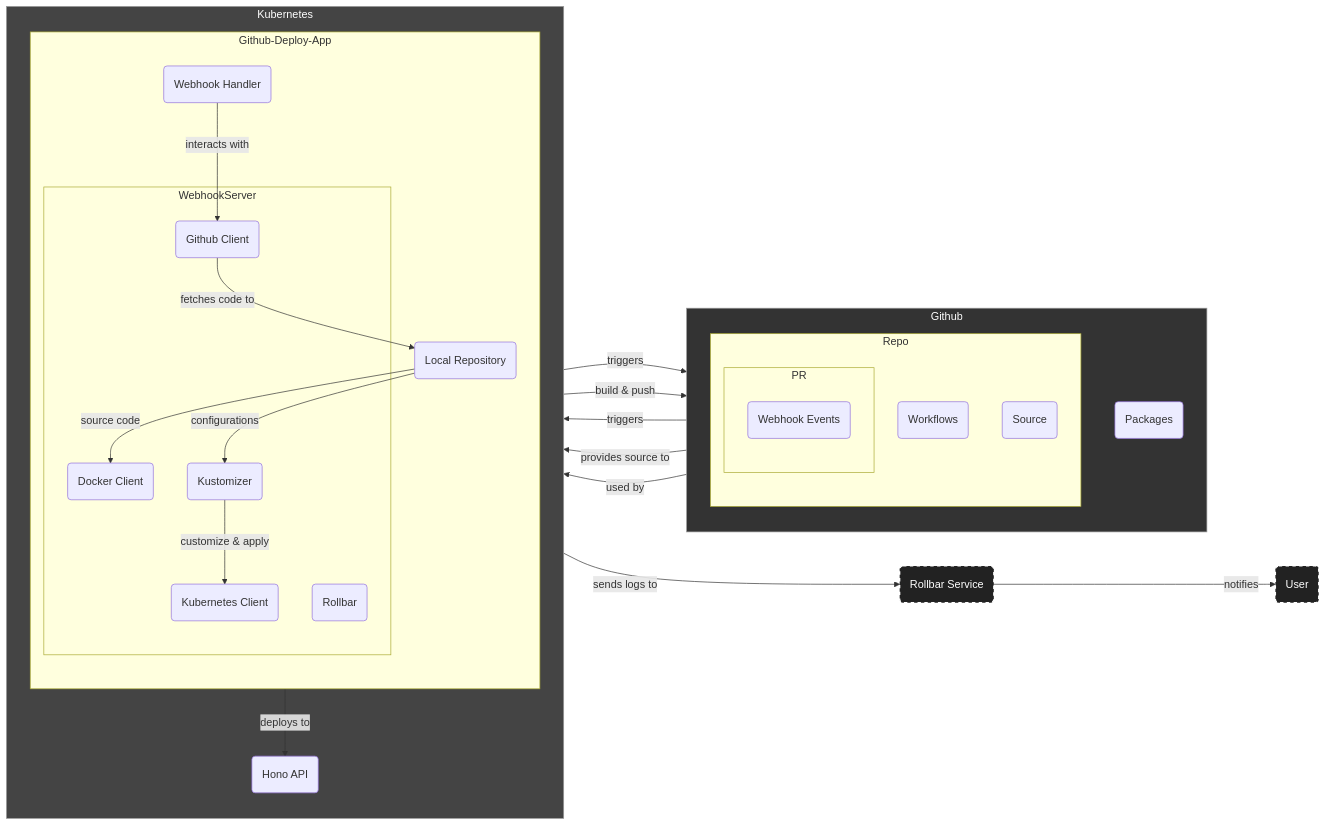
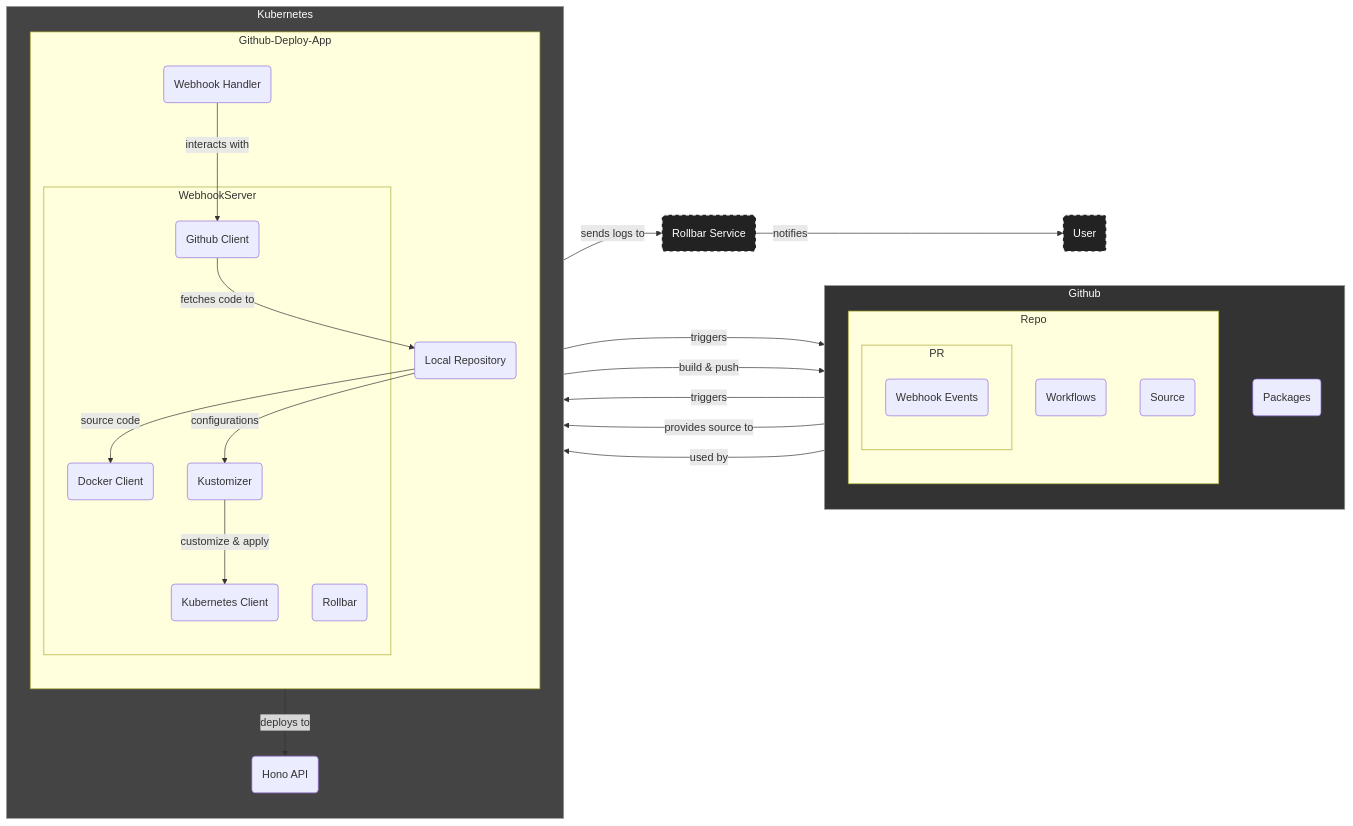
One commit to uib-ub/hono-kube-deploy-automation changed the first of 2 diagrams in README.md. Above: the diagram before and after it, drawn with Mermaid. The commit also changed other lines of this file, not shown here.

````diff
--- a/README.md
+++ b/README.md
@@ -33,68 +33,68 @@
 ```mermaid
 flowchart LR
     User(User)
     WebhookEvents(Webhook Events)
     Packages(Packages)
     Workflows(Workflows)
     Source(Source)
     WebhookHandler(Webhook Handler)
     GithubClient(Github Client)
     DockerClient(Docker Client)
     Kustomizer(Kustomizer)
     KubeClient(Kubernetes Client)
     LocalRepo(Local Repository)
     Rollbar(Rollbar)
     HonoApi(Hono API)
     RollbarService(Rollbar Service)
     
     subgraph Github
         direction TB
         subgraph Repo
             direction TB
             subgraph PR
                 WebhookEvents
             end
             Workflows
             Source
         end
         Packages
     end
     
     subgraph Kubernetes
         direction TB
         subgraph Github-Deploy-App
             direction TB
             WebhookHandler
             subgraph WebhookServer
                 GithubClient
                 DockerClient
                 Kustomizer
                 KubeClient
                 Rollbar
             end
             LocalRepo
         end
         HonoApi
     end
     
     WebhookEvents -- triggers --> WebhookHandler
     WebhookHandler -- interacts with --> GithubClient
     Source -- provides source to --> GithubClient
     GithubClient -- fetches code to --> LocalRepo
-    GithubClient -- triggers --> Workflows
+    GithubClient -- triggers ---> Workflows
     DockerClient -- build & push --> Packages
     LocalRepo -- source code --> DockerClient
     LocalRepo -- configurations --> Kustomizer
     Kustomizer -- customize & apply --> KubeClient
     KubeClient -- deploys to --> HonoApi
     Packages -- used by --> HonoApi
     Rollbar -- sends logs to --> RollbarService
     RollbarService -- notifies --> User
 
     classDef gh fill:#333333,stroke:#999999,stroke-width:1px,color:#ffffff;
     classDef k8s fill:#444444,stroke:#999999,stroke-width:1px,color:#ffffff;
     classDef external fill:#222222,stroke:#ffffff,stroke-width:2px,stroke-dasharray: 5 5,color:#ffffff;
     class Github gh;
     class Kubernetes k8s;
     class RollbarService,User external;
 ```
````
